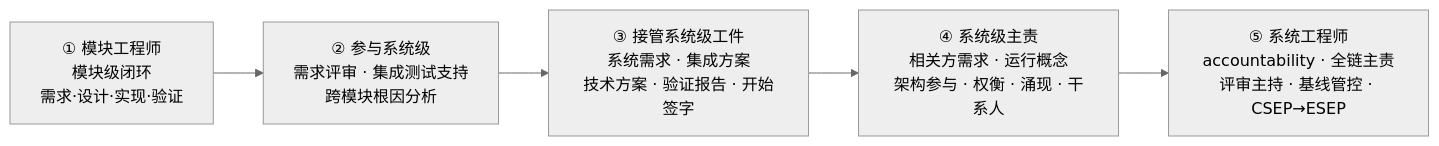
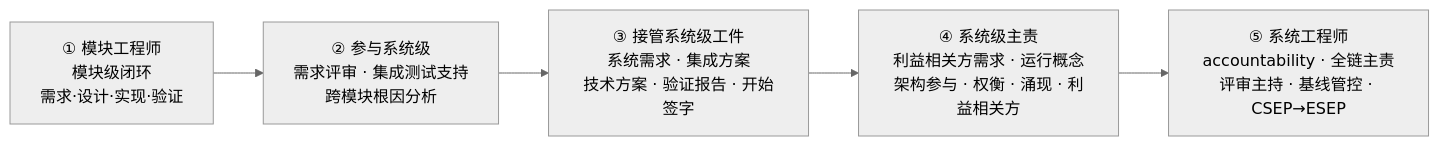
One commit to Yongjunzhou/AOS-system-design changed diagram 16 of 21 in 100-subprojects/01-系统工程研究/00-系统工程相关研究报告/13-工程角色谱系研究报告-从模块工程师到系统架构师.md. Above: the diagram before and after it, drawn with Mermaid (neutral theme). The commit also changed other lines of this file and 38 other files, not shown here.

````diff
--- a/100-subprojects/01-系统工程研究/00-系统工程相关研究报告/13-工程角色谱系研究报告-从模块工程师到系统架构师.md
+++ b/100-subprojects/01-系统工程研究/00-系统工程相关研究报告/13-工程角色谱系研究报告-从模块工程师到系统架构师.md
@@ -620,7 +654,7 @@
 ```mermaid
 flowchart LR
     L1["① 模块工程师<br/>模块级闭环<br/>需求·设计·实现·验证"] --> L2["② 参与系统级<br/>需求评审 · 集成测试支持<br/>跨模块根因分析"]
     L2 --> L3["③ 接管系统级工件<br/>系统需求 · 集成方案<br/>技术方案 · 验证报告 · 开始签字"]
-    L3 --> L4["④ 系统级主责<br/>相关方需求 · 运行概念<br/>架构参与 · 权衡 · 涌现 · 干系人"]
+    L3 --> L4["④ 系统级主责<br/>利益相关方需求 · 运行概念<br/>架构参与 · 权衡 · 涌现 · 利益相关方"]
     L4 --> L5["⑤ 系统工程师<br/>accountability · 全链主责<br/>评审主持 · 基线管控 · CSEP→ESEP"]
 ```
````
